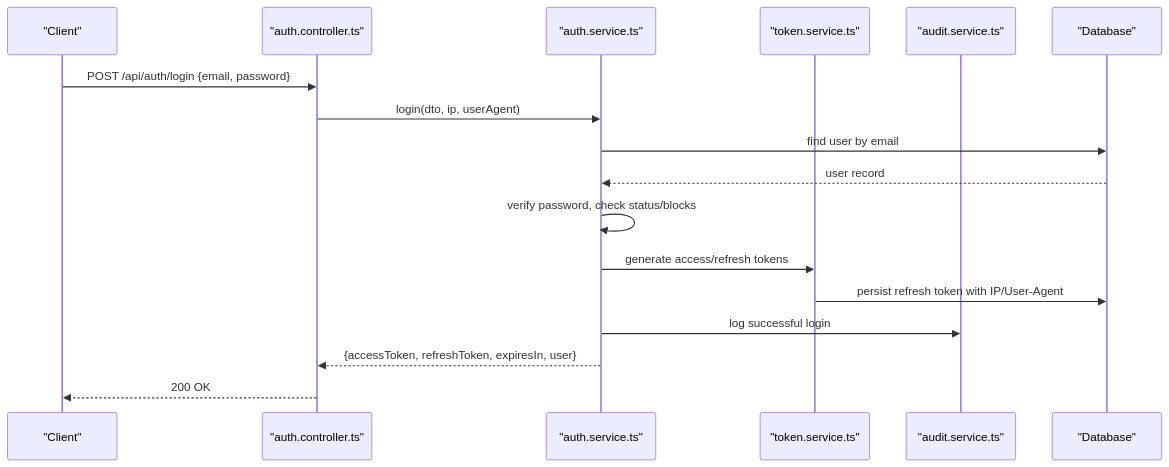
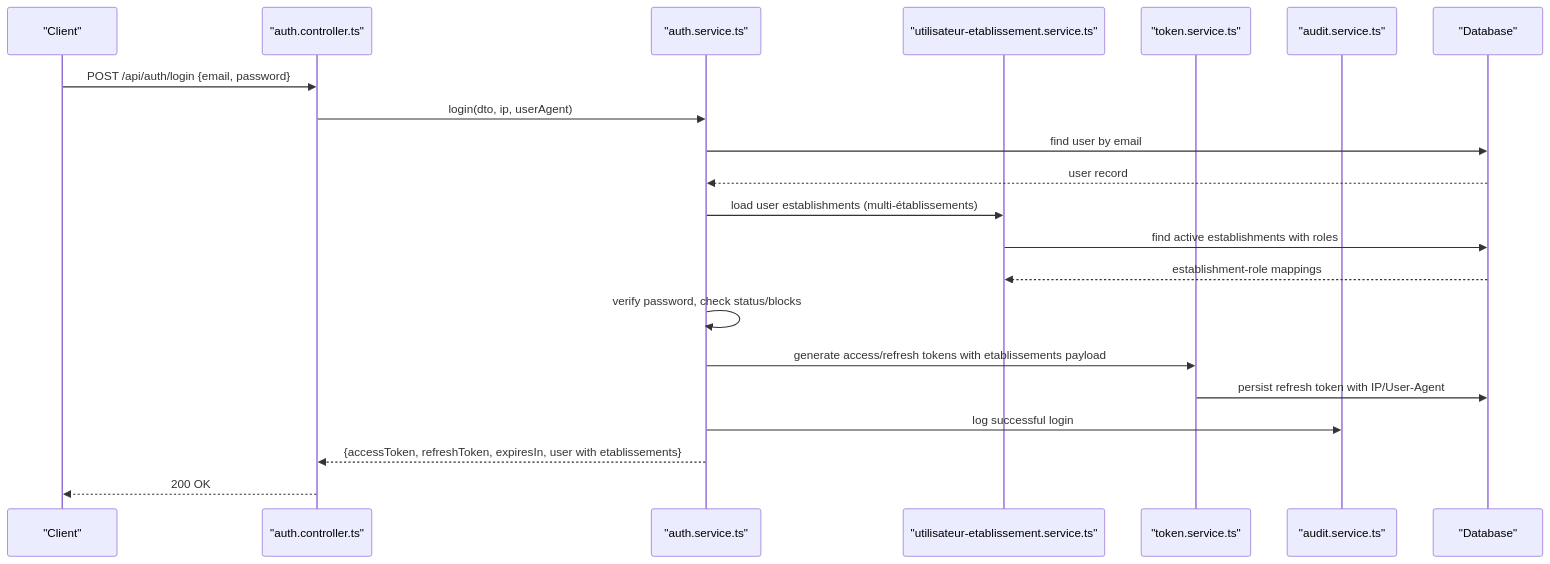
The second of 9 diagrams in .qoder/repowiki/en/content/Authentication & Authorization/Authentication Flow.md (franckylab/eLISAschool), drawn with Mermaid before and after one commit. The commit also changed other lines of this file and 75 other files, not shown here.

````diff
--- a/.qoder/repowiki/en/content/Authentication & Authorization/Authentication Flow.md
+++ b/.qoder/repowiki/en/content/Authentication & Authorization/Authentication Flow.md
@@ -144,19 +177,23 @@
 ```mermaid
 sequenceDiagram
 participant Client as "Client"
 participant Ctrl as "auth.controller.ts"
 participant Svc as "auth.service.ts"
+participant UES as "utilisateur-etablissement.service.ts"
 participant Tok as "token.service.ts"
 participant Aud as "audit.service.ts"
 participant DB as "Database"
 Client->>Ctrl : POST /api/auth/login {email, password}
 Ctrl->>Svc : login(dto, ip, userAgent)
 Svc->>DB : find user by email
 DB-->>Svc : user record
+Svc->>UES : load user establishments (multi-établissements)
+UES->>DB : find active establishments with roles
+DB-->>UES : establishment-role mappings
 Svc->>Svc : verify password, check status/blocks
-Svc->>Tok : generate access/refresh tokens
+Svc->>Tok : generate access/refresh tokens with etablissements payload
 Tok->>DB : persist refresh token with IP/User-Agent
 Svc->>Aud : log successful login
-Svc-->>Ctrl : {accessToken, refreshToken, expiresIn, user}
+Svc-->>Ctrl : {accessToken, refreshToken, expiresIn, user with etablissements}
 Ctrl-->>Client : 200 OK
 ```
````
